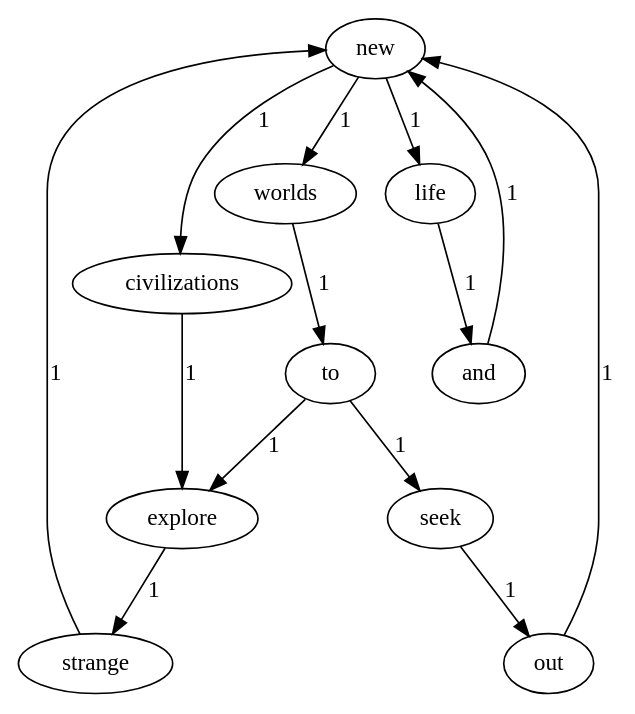
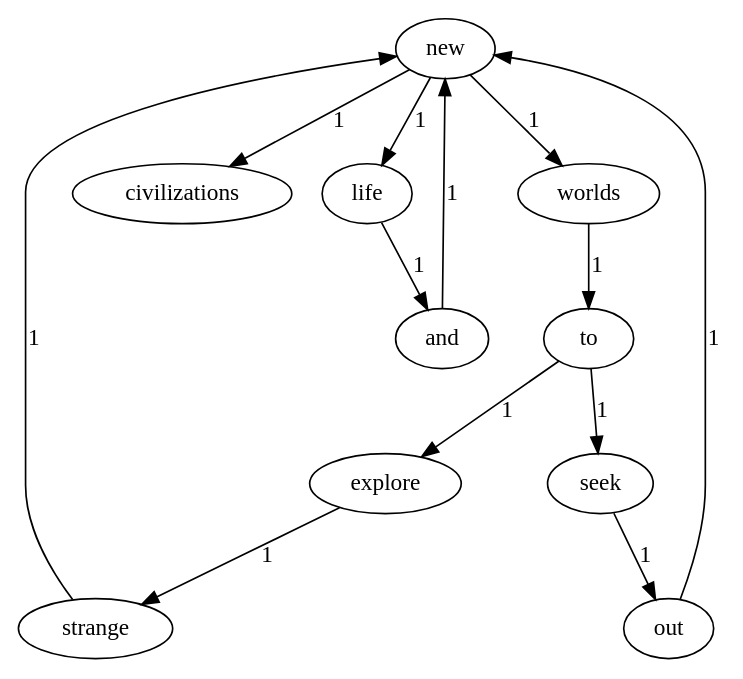
One commit to XLengZhu/Lab1-2021111595 changed the diagram in softwareLab1/dotsource.dot. Above: the diagram before and after it, drawn with Graphviz. The commit also changed 11 other files, not shown here.

```diff
--- a/softwareLab1/dotsource.dot
+++ b/softwareLab1/dotsource.dot
@@ -1,2 +1,2 @@
 digraph G {
-    new -> worlds [label="1"];    new -> civilizations [label="1"];    new -> life [label="1"];    worlds -> to [label="1"];    explore -> strange [label="1"];    and -> new [label="1"];    to -> explore [label="1"];    to -> seek [label="1"];    civilizations -> explore [label="1"];    seek -> out [label="1"];    strange -> new [label="1"];    life -> and [label="1"];    out -> new [label="1"];}
+    new -> worlds [label="1"];    new -> civilizations [label="1"];    new -> life [label="1"];    worlds -> to [label="1"];    explore -> strange [label="1"];    and -> new [label="1"];    to -> explore [label="1"];    to -> seek [label="1"];    seek -> out [label="1"];    strange -> new [label="1"];    life -> and [label="1"];    out -> new [label="1"];}
```
